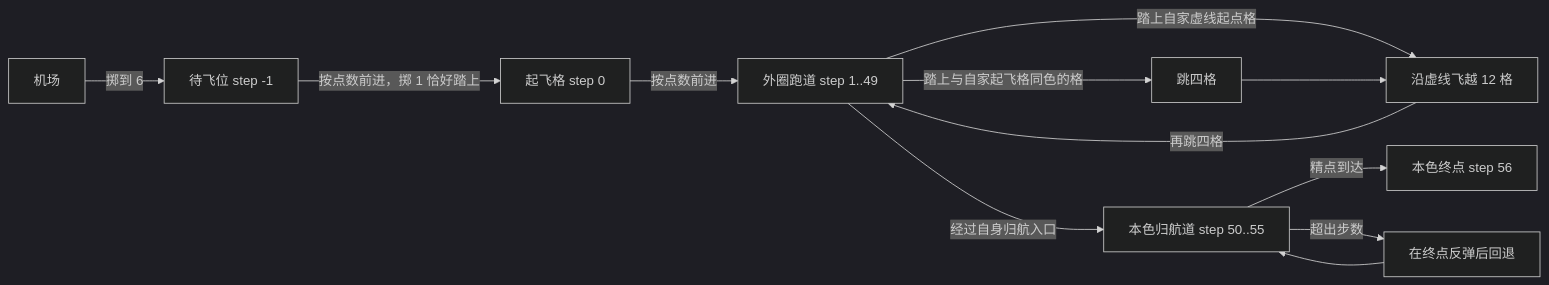
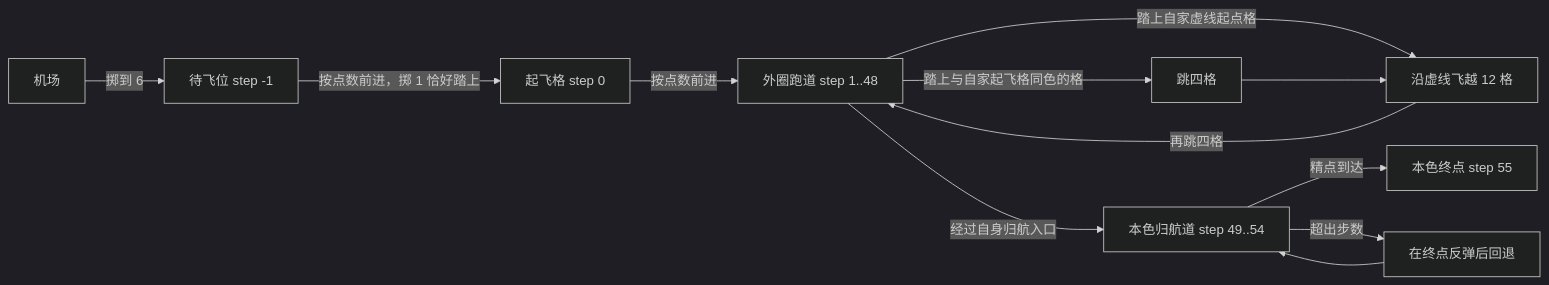
Before and after one commit to Weilan0811/echo-commons: the diagram in docs/gameplay/飞行棋基础规则.md, drawn with Mermaid (dark theme). The commit also changed other lines of this file and 16 other files, not shown here.

````diff
--- a/docs/gameplay/飞行棋基础规则.md
+++ b/docs/gameplay/飞行棋基础规则.md
@@ -48,14 +48,14 @@
 ```mermaid
 flowchart LR
     BASE[机场] -->|掷到 6| GATE[待飞位 step -1]
     GATE -->|按点数前进，掷 1 恰好踏上| START[起飞格 step 0]
-    START -->|按点数前进| TRACK[外圈跑道 step 1..49]
+    START -->|按点数前进| TRACK[外圈跑道 step 1..48]
     TRACK -->|踏上与自家起飞格同色的格| JUMP[跳四格]
     TRACK -->|踏上自家虚线起点格| FLY[沿虚线飞越 12 格]
     JUMP --> FLY
     FLY -->|再跳四格| TRACK
-    TRACK -->|经过自身归航入口| HP[本色归航道 step 50..55]
-    HP -->|精点到达| HOME[本色终点 step 56]
+    TRACK -->|经过自身归航入口| HP[本色归航道 step 49..54]
+    HP -->|精点到达| HOME[本色终点 step 55]
     HP -->|超出步数| BOUNCE[在终点反弹后回退]
     BOUNCE --> HP
 ```
````
